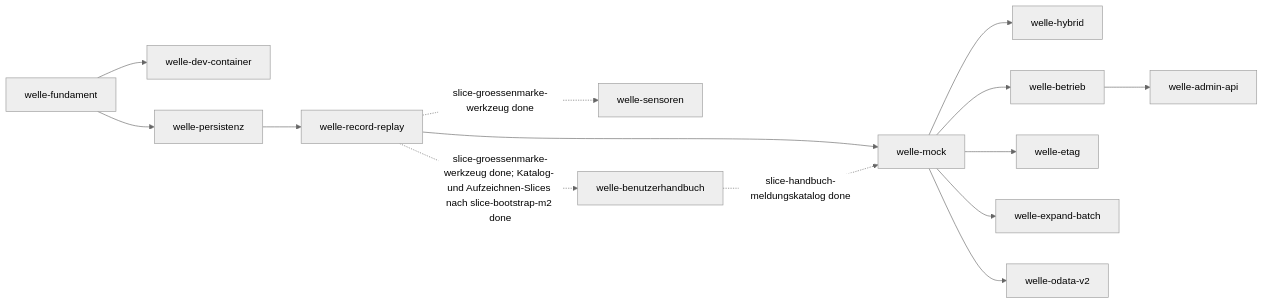
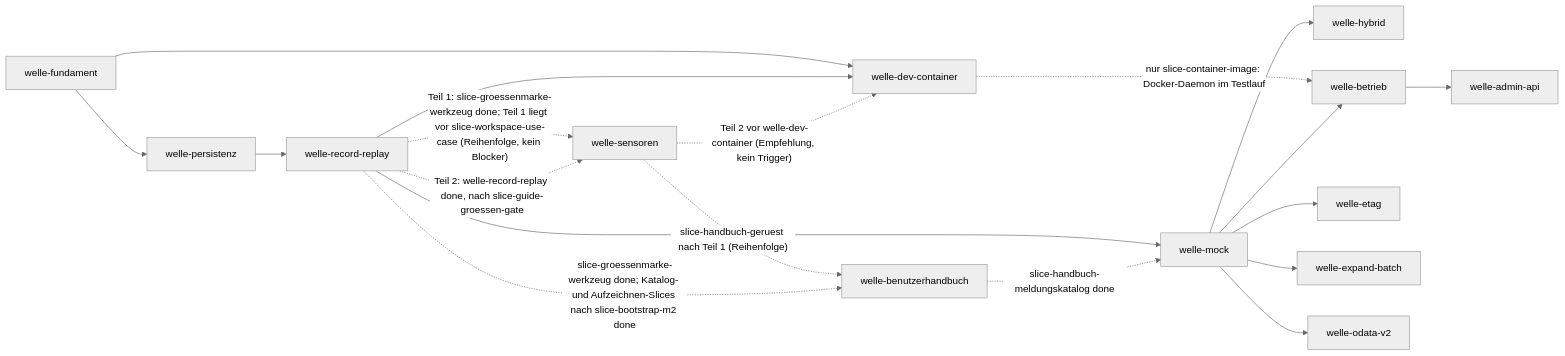
The diagram in docs/plan/planning/in-progress/roadmap.md (pt9912/odata-recorder), drawn with Mermaid (neutral theme) before and after one commit. The commit also changed other lines of this file, not shown here.

First line of the commit message:
Planner: Roadmap nach der Umplanung vom 2026-10-30, Reihenfolge, Graph, Drift-Log (LH-QA-06, ADR-0005, ADR-0004)

````diff
--- a/docs/plan/planning/in-progress/roadmap.md
+++ b/docs/plan/planning/in-progress/roadmap.md
@@ -72,30 +68,35 @@
 ```mermaid
 flowchart LR
     F[welle-fundament]
     D[welle-dev-container]
     P[welle-persistenz]
     R[welle-record-replay]
     S[welle-sensoren]
     HB[welle-benutzerhandbuch]
     M[welle-mock]
     H[welle-hybrid]
     B[welle-betrieb]
     A[welle-admin-api]
     E[welle-etag]
     X[welle-expand-batch]
     V[welle-odata-v2]
 
     F --> D
     F --> P
     P --> R
-    R -. "slice-groessenmarke-werkzeug done" .-> S
+    R --> D
+    R -. "Teil 1: slice-groessenmarke-werkzeug done; Teil 1 liegt vor slice-workspace-use-case (Reihenfolge, kein Blocker)" .-> S
+    R -. "Teil 2: welle-record-replay done, nach slice-guide-groessen-gate" .-> S
+    S -. "slice-handbuch-geruest nach Teil 1 (Reihenfolge)" .-> HB
+    D -. "nur slice-container-image: Docker-Daemon im Testlauf" .-> B
+    S -. "Teil 2 vor welle-dev-container (Empfehlung, kein Trigger)" .-> D
     R -. "slice-groessenmarke-werkzeug done; Katalog- und Aufzeichnen-Slices nach slice-bootstrap-m2 done" .-> HB
     R --> M
     HB -. "slice-handbuch-meldungskatalog done" .-> M
     M --> H
     M --> B
     B --> A
     M --> E
     M --> X
     M --> V
 ```
````
